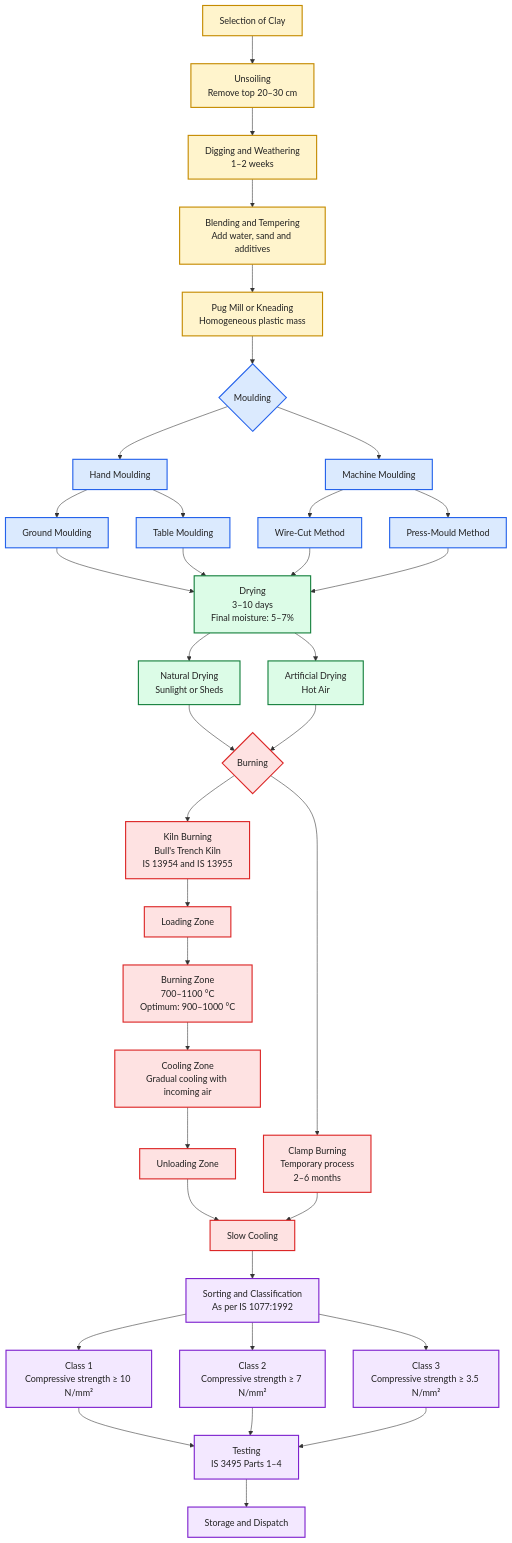
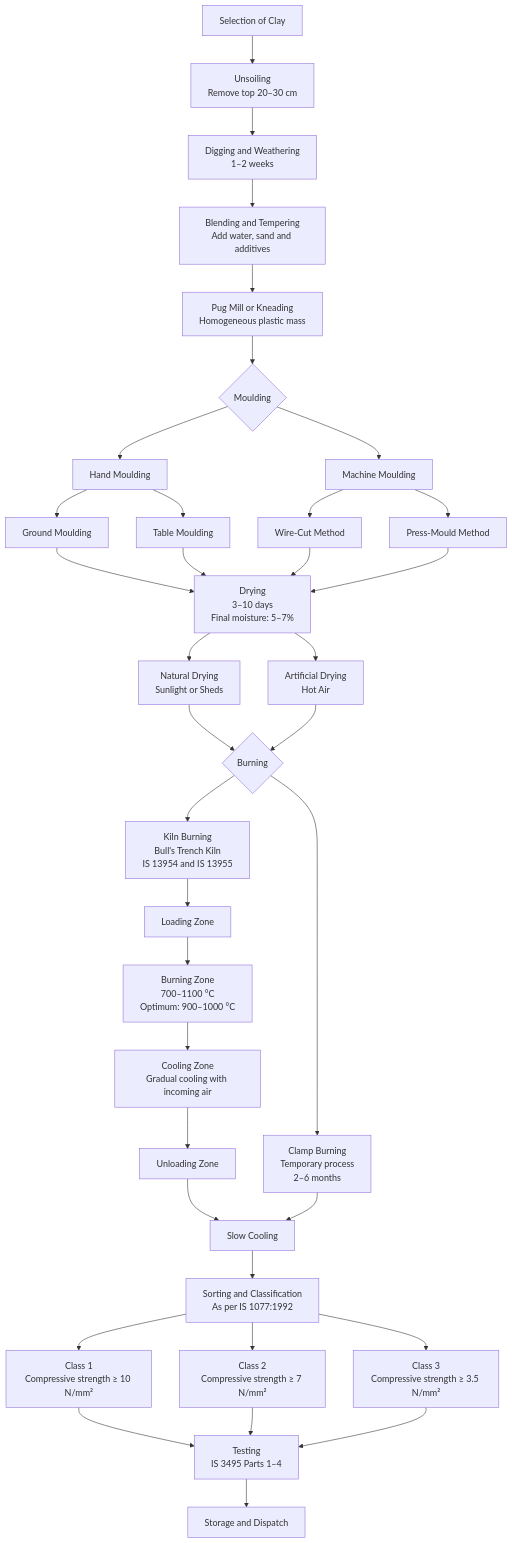
Before and after one commit to CE-Deepanshu/Civilpedia: the diagram in Content/Bricks.md, drawn with Mermaid. The commit also changed other lines of this file, not shown here.

```diff
--- a/Content/Bricks.md
+++ b/Content/Bricks.md
@@ -141,67 +76,55 @@
-    <pre class="mermaid">
-flowchart TD
+  <pre class="mermaid">
+    flowchart TD
 
     A["Selection of Clay"]
     A --> B["Unsoiling<br/>Remove top 20–30 cm"]
     B --> C["Digging and Weathering<br/>1–2 weeks"]
     C --> D["Blending and Tempering<br/>Add water, sand and additives"]
     D --> E["Pug Mill or Kneading<br/>Homogeneous plastic mass"]
 
     E --> F{"Moulding"}
 
     F --> G["Hand Moulding"]
     F --> H["Machine Moulding"]
 
     G --> G1["Ground Moulding"]
     G --> G2["Table Moulding"]
 
     H --> H1["Wire-Cut Method"]
     H --> H2["Press-Mould Method"]
 
     G1 --> I["Drying<br/>3–10 days<br/>Final moisture: 5–7%"]
     G2 --> I
     H1 --> I
     H2 --> I
 
     I --> I1["Natural Drying<br/>Sunlight or Sheds"]
     I --> I2["Artificial Drying<br/>Hot Air"]
 
     I1 --> J{"Burning"}
     I2 --> J
 
     J --> K["Clamp Burning<br/>Temporary process<br/>2–6 months"]
 
     J --> L["Kiln Burning<br/>Bull's Trench Kiln<br/>IS 13954 and IS 13955"]
 
     L --> L1["Loading Zone"]
     L1 --> L2["Burning Zone<br/>700–1100 °C<br/>Optimum: 900–1000 °C"]
     L2 --> L3["Cooling Zone<br/>Gradual cooling with incoming air"]
     L3 --> L4["Unloading Zone"]
 
     L4 --> M["Slow Cooling"]
     K --> M
 
     M --> N["Sorting and Classification<br/>As per IS 1077:1992"]
 
     N --> O1["Class 1<br/>Compressive strength ≥ 10 N/mm²"]
     N --> O2["Class 2<br/>Compressive strength ≥ 7 N/mm²"]
     N --> O3["Class 3<br/>Compressive strength ≥ 3.5 N/mm²"]
 
     O1 --> P["Testing<br/>IS 3495 Parts 1–4"]
     O2 --> P
     O3 --> P
 
     P --> Q["Storage and Dispatch"]
-
-    classDef preparation fill:#fff4cc,stroke:#c58b00,stroke-width:2px,color:#222;
-    classDef moulding fill:#dbeafe,stroke:#2563eb,stroke-width:2px,color:#222;
-    classDef drying fill:#dcfce7,stroke:#15803d,stroke-width:2px,color:#222;
-    classDef burning fill:#fee2e2,stroke:#dc2626,stroke-width:2px,color:#222;
-    classDef testing fill:#f3e8ff,stroke:#7e22ce,stroke-width:2px,color:#222;
-
-    class A,B,C,D,E preparation;
-    class F,G,H,G1,G2,H1,H2 moulding;
-    class I,I1,I2 drying;
-    class J,K,L,L1,L2,L3,L4,M burning;
-    class N,O1,O2,O3,P,Q testing;
-    </pre>
+  </pre>
```
